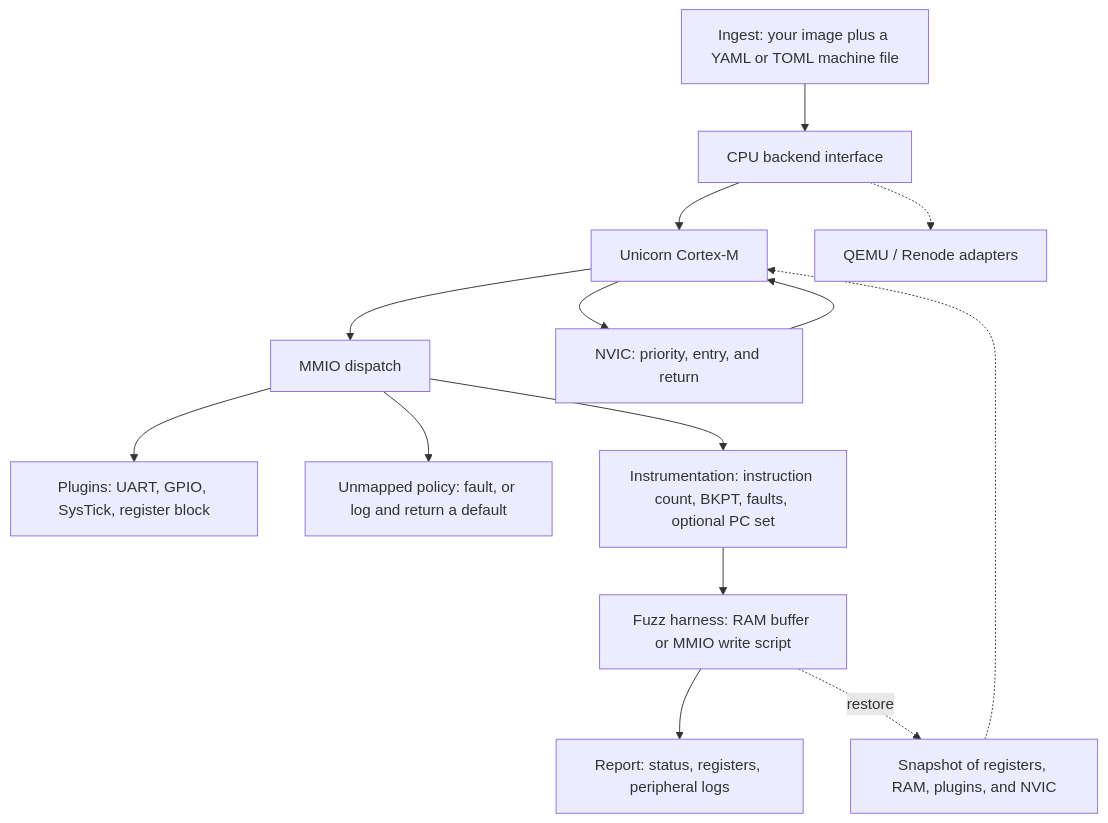
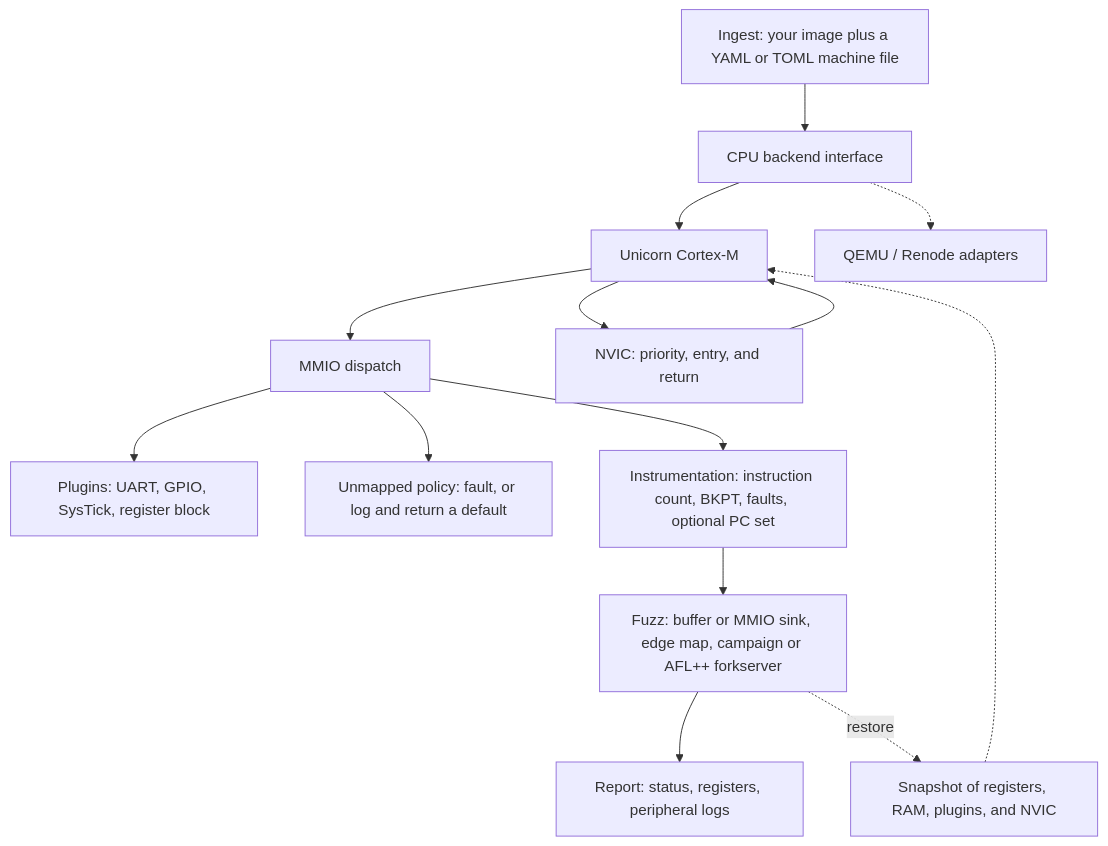
The diagram in README.md (c0re-i5/jig), drawn with Mermaid before and after one commit. The commit also changed other lines of this file and 18 other files, not shown here.

````diff
--- a/README.md
+++ b/README.md
@@ -53,29 +56,29 @@
 ```mermaid
 flowchart TD
   ingest["Ingest: your image plus a YAML or TOML machine file"]
   cpu["CPU backend interface"]
   uni["Unicorn Cortex-M"]
   later["QEMU / Renode adapters"]
   mmio["MMIO dispatch"]
   plugs["Plugins: UART, GPIO, SysTick, register block"]
   unmapped["Unmapped policy: fault, or log and return a default"]
   inst["Instrumentation: instruction count, BKPT, faults, optional PC set"]
-  fuzz["Fuzz harness: RAM buffer or MMIO write script"]
+  fuzz["Fuzz: buffer or MMIO sink, edge map, campaign or AFL++ forkserver"]
   nvic["NVIC: priority, entry, and return"]
   snap["Snapshot of registers, RAM, plugins, and NVIC"]
   triage["Report: status, registers, peripheral logs"]
 
   ingest --> cpu
   cpu --> uni
   cpu -.-> later
   uni --> nvic
   nvic --> uni
   uni --> mmio
   mmio --> plugs
   mmio --> unmapped
   mmio --> inst
   inst --> fuzz
   fuzz --> triage
   fuzz -.->|restore| snap
   snap -.-> uni
 ```
````
